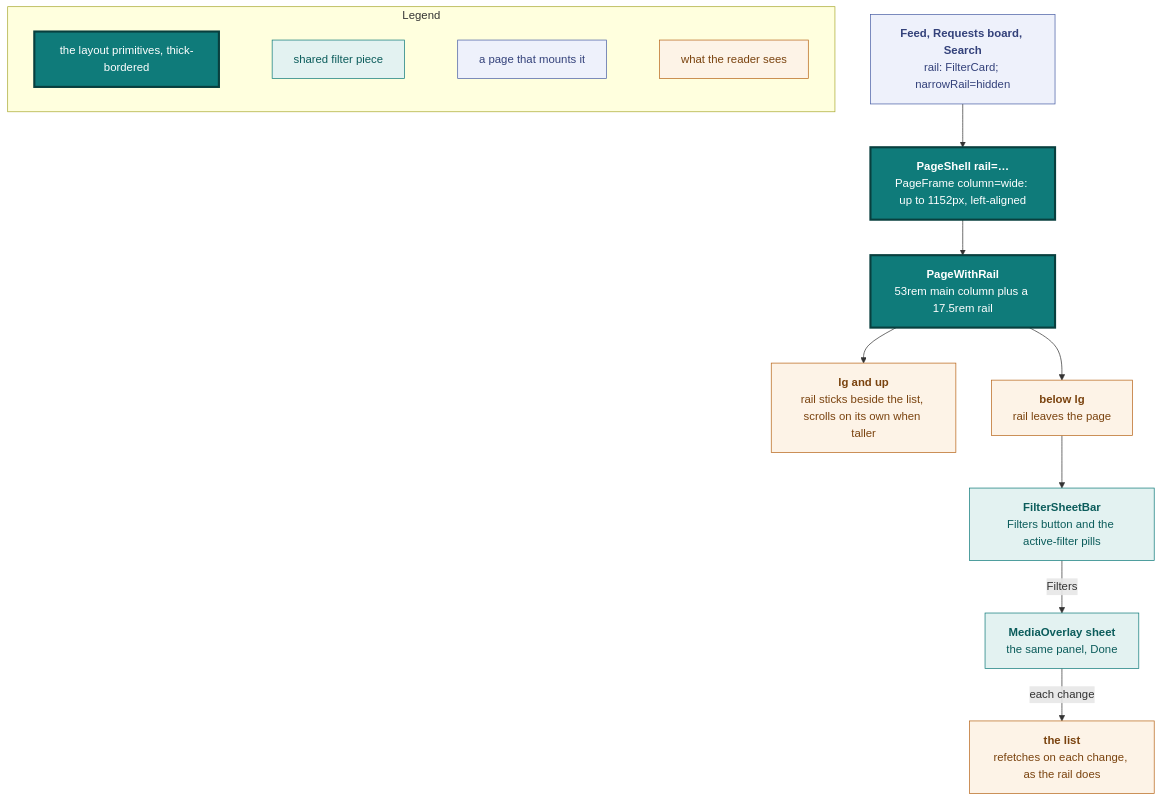
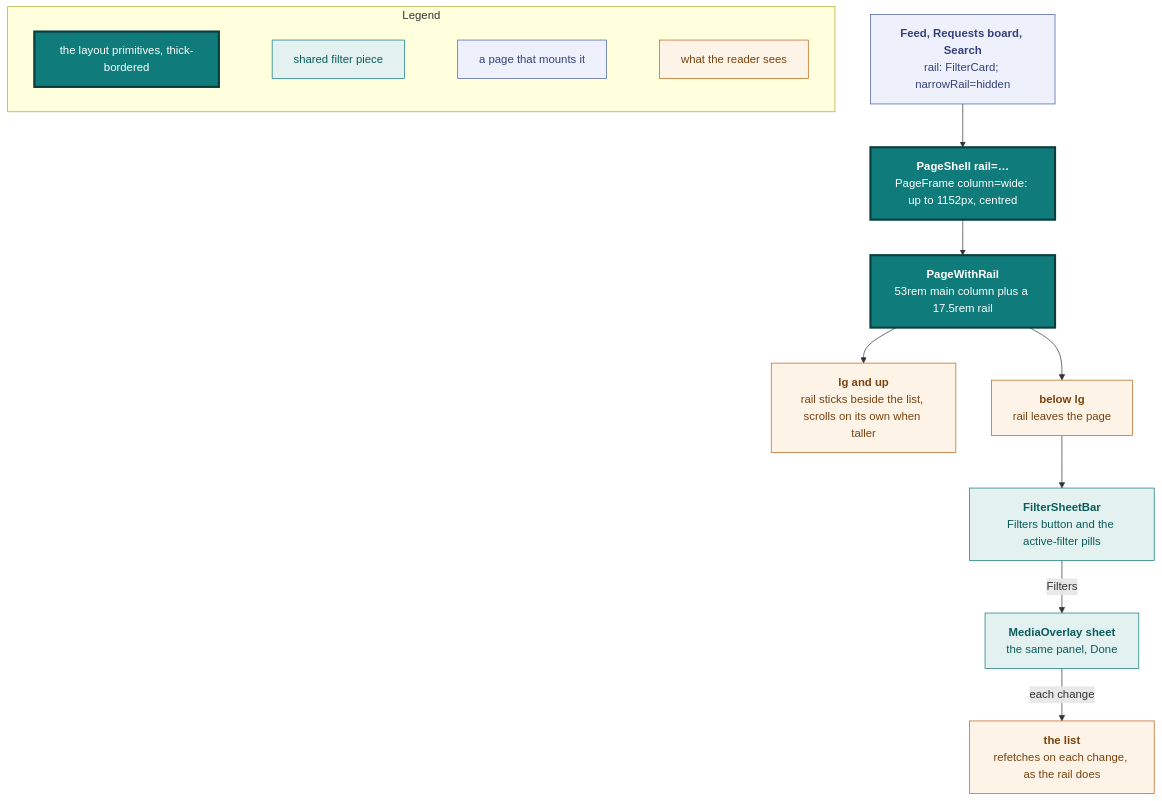
One commit to vidithq/vidit changed the seventh of 23 diagrams in docs/design.md. Above: the diagram before and after it, drawn with Mermaid. The commit also changed other lines of this file, not shown here.

Commit message:
docs(design): cut page chrome, the guides, the rail, the filter panel and phone chrome

````diff
--- a/docs/design.md
+++ b/docs/design.md
@@ -539,40 +506,40 @@
 ```mermaid
 flowchart TB
   classDef shared fill:#e3f2f1,stroke:#0f7b7a,color:#0b5c5b
   classDef core fill:#0f7b7a,stroke:#083f3e,stroke-width:3px,color:#ffffff
   classDef page fill:#eef1fb,stroke:#4a5fa5,color:#33417a
   classDef state fill:#fdf3e7,stroke:#b8661a,color:#7a430f
 
   subgraph legend [Legend]
     direction LR
     l1["`the layout primitives, thick-bordered`"]:::core
     l2["`shared filter piece`"]:::shared
     l3["`a page that mounts it`"]:::page
     l4["`what the reader sees`"]:::state
     l1 ~~~ l2 ~~~ l3 ~~~ l4
   end
 
   shell["`**PageShell rail=…**
-  PageFrame column=wide: up to 1152px, left-aligned`"]:::core
+  PageFrame column=wide: up to 1152px, centred`"]:::core
   layout["`**PageWithRail**
   53rem main column plus a 17.5rem rail`"]:::core
   pages["`**Feed, Requests board, Search**
   rail: FilterCard; narrowRail=hidden`"]:::page
   wide["`**lg and up**
   rail sticks beside the list, scrolls on its own when taller`"]:::state
   narrow["`**below lg**
   rail leaves the page`"]:::state
   bar["`**FilterSheetBar**
   Filters button and the active-filter pills`"]:::shared
   sheet["`**MediaOverlay sheet**
   the same panel, Done`"]:::shared
   list["`**the list**
   refetches on each change, as the rail does`"]:::state
 
   pages --> shell --> layout
   layout --> wide
   layout --> narrow
   narrow --> bar
   bar -->|Filters| sheet
   sheet -->|each change| list
 ```
````
